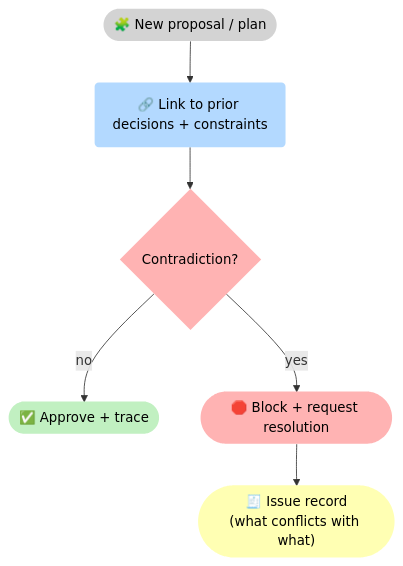
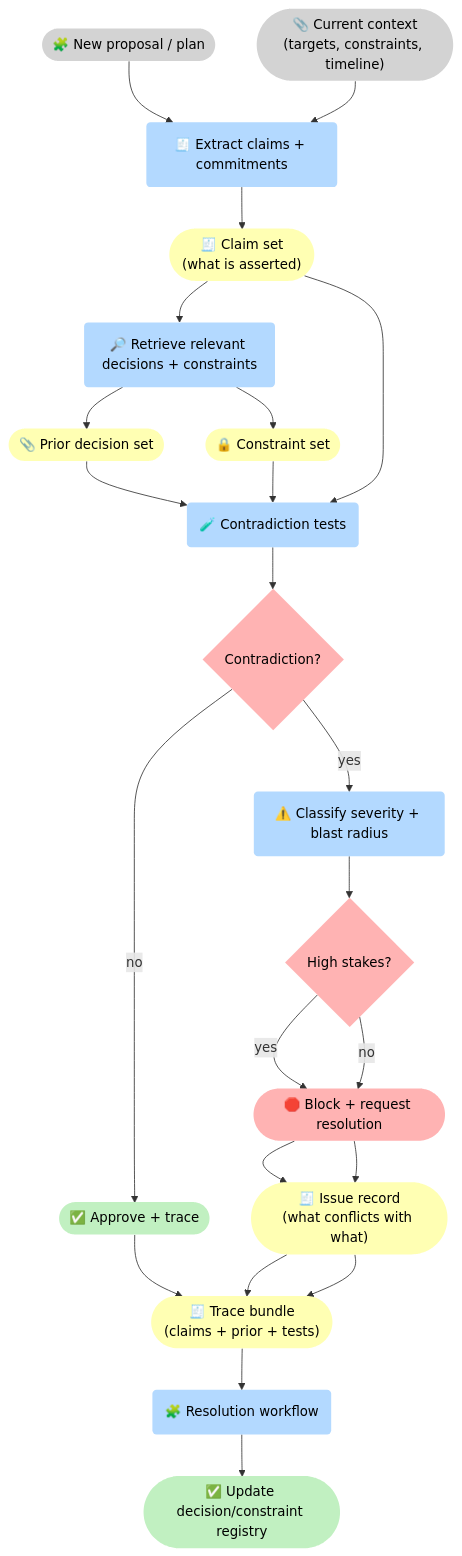
One commit to 5Reasons/5reasons.github.io changed the third of 3 diagrams in docs/case-studies/enterprise-central-memory.md. Above: the diagram before and after it, drawn with Mermaid. The commit also changed other lines of this file and 8 other files, not shown here.

First line of the commit message:
Enhance case studies with detailed flowcharts and explicit gates

````diff
--- a/docs/case-studies/enterprise-central-memory.md
+++ b/docs/case-studies/enterprise-central-memory.md
@@ -132,20 +167,50 @@
 ```mermaid
 flowchart TB
 %% Styles (brModel Standard)
 classDef i fill:#D3D3D3,stroke-width:0px,color:#000;
 classDef p fill:#B3D9FF,stroke-width:0px,color:#000;
 classDef r fill:#FFFFB3,stroke-width:0px,color:#000;
 classDef o fill:#C1F0C1,stroke-width:0px,color:#000;
 classDef s fill:#FFB3B3,stroke-width:0px,color:#000;
 
 I_New(["🧩 New proposal / plan"]):::i
-P_Link("🔗 Link to prior decisions + constraints"):::p
+I_Ctx(["📎 Current context<br>(targets, constraints, timeline)"]):::i
+
+P_Extract("🧾 Extract claims + commitments"):::p
+R_Claims(["🧾 Claim set<br>(what is asserted)"]):::r
+
+P_Ret("🔎 Retrieve relevant decisions + constraints"):::p
+R_Prior(["📎 Prior decision set" ]):::r
+R_Cons(["🔒 Constraint set" ]):::r
+
+P_Test("🧪 Contradiction tests"):::p
 G_Contr{"Contradiction?"}:::s
+P_Sev("⚠️ Classify severity + blast radius"):::p
+G_Sev{"High stakes?"}:::s
+
 O_OK(["✅ Approve + trace"]):::o
 S_Block(["🛑 Block + request resolution"]):::s
 R_Iss(["🧾 Issue record<br>(what conflicts with what)"]):::r
+R_Tr(["🧾 Trace bundle<br>(claims + prior + tests)"]):::r
 
-I_New --> P_Link --> G_Contr
-G_Contr -->|"no"| O_OK
-G_Contr -->|"yes"| S_Block --> R_Iss
+P_Resolve("🧩 Resolution workflow"):::p
+O_Upd(["✅ Update decision/constraint registry" ]):::o
+
+I_New --> P_Extract
+I_Ctx --> P_Extract
+P_Extract --> R_Claims --> P_Ret --> R_Prior
+P_Ret --> R_Cons
+
+R_Prior --> P_Test
+R_Cons --> P_Test
+R_Claims --> P_Test
+P_Test --> G_Contr
+
+G_Contr -->|"no"| O_OK --> R_Tr
+G_Contr -->|"yes"| P_Sev --> G_Sev
+
+G_Sev -->|"yes"| S_Block --> R_Iss --> R_Tr
+G_Sev -->|"no"| S_Block --> R_Iss --> R_Tr
+
+R_Tr --> P_Resolve --> O_Upd
 ```
````
